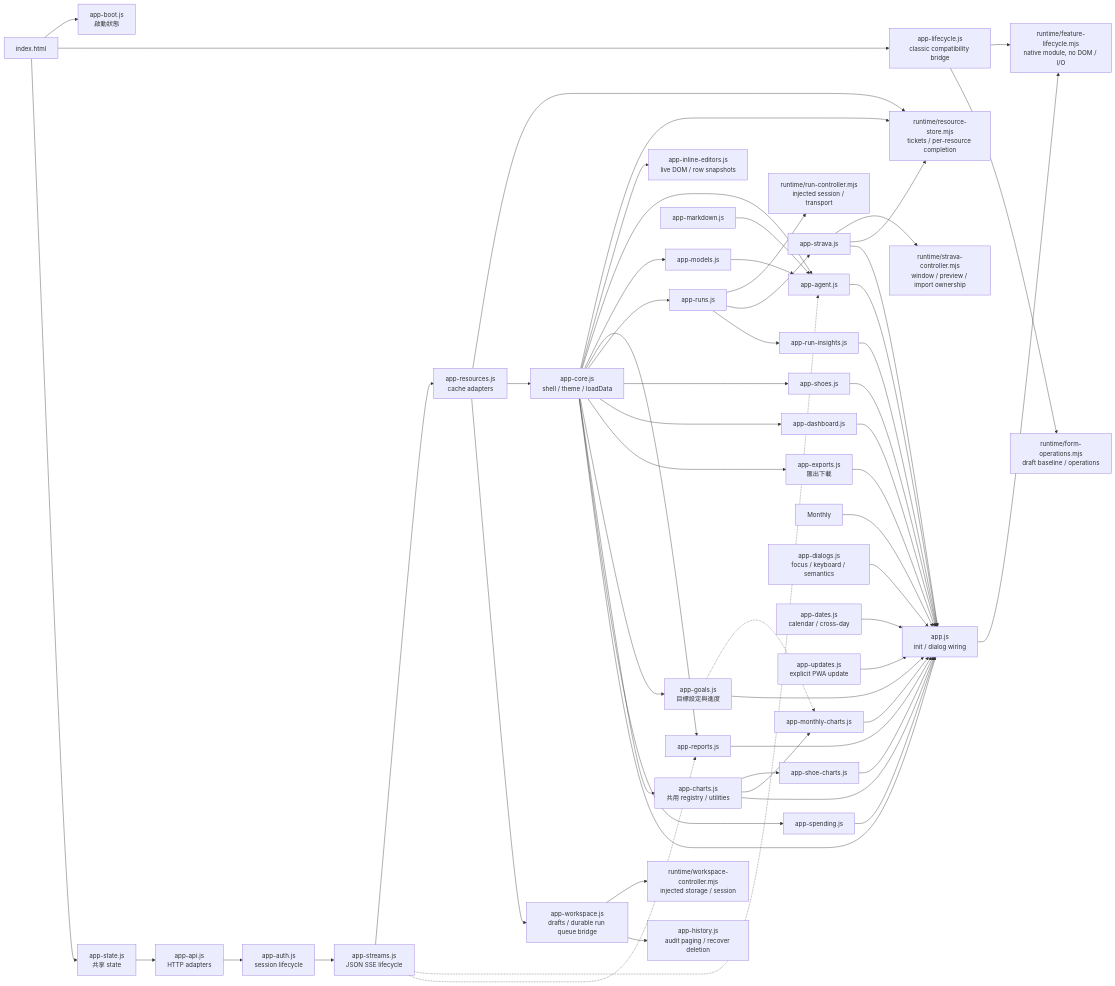
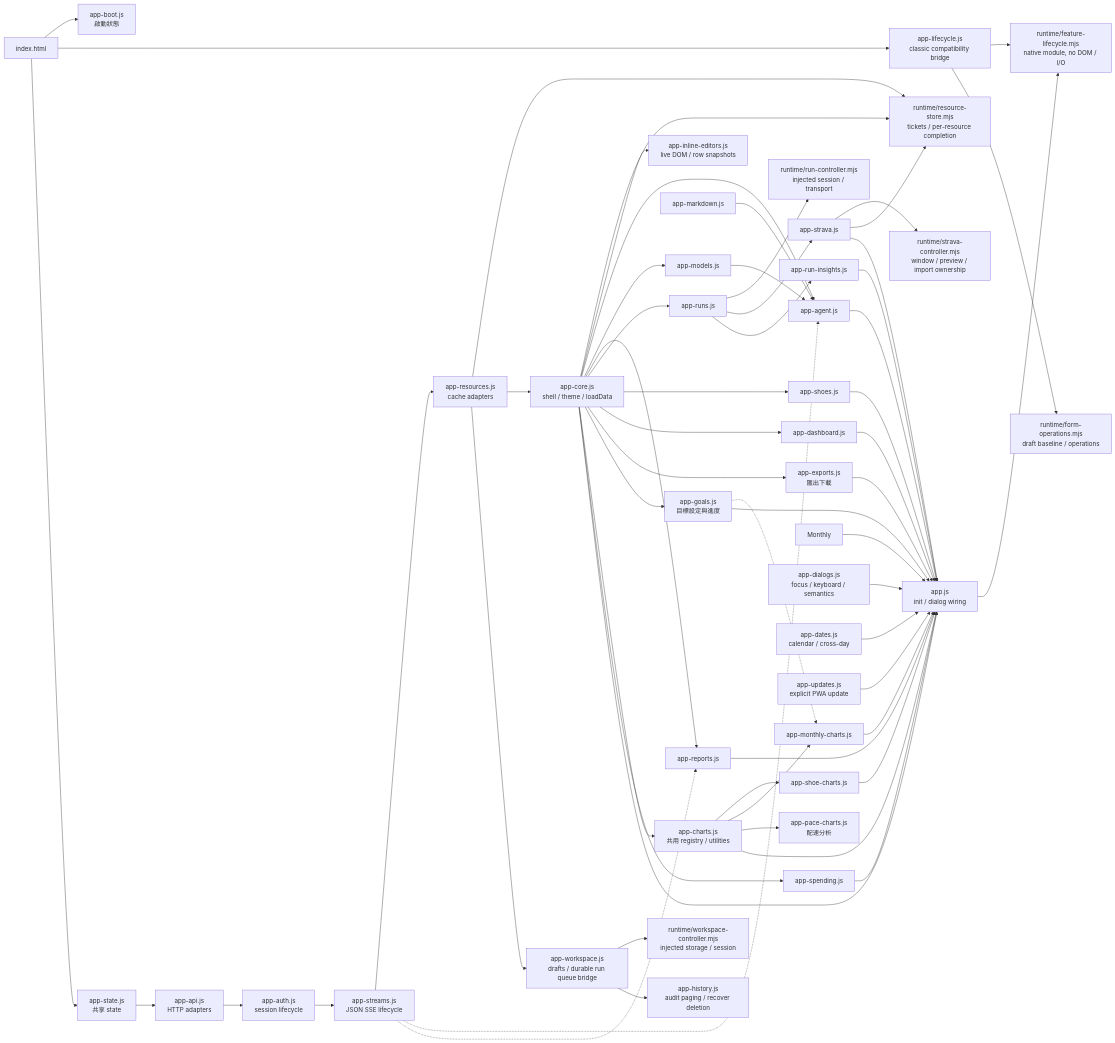
Before and after one commit to Teng91/running-shoes: the sixth of 15 diagrams in docs/architecture.md, drawn with Mermaid. The commit also changed other lines of this file and 25 other files, not shown here.

First line of the commit message:
feat: pace analytics charts (SPEC-064, v4.17.0)

````diff
--- a/docs/architecture.md
+++ b/docs/architecture.md
@@ -200,59 +200,60 @@
 ```mermaid
 flowchart LR
     HTML[index.html] --> Boot[app-boot.js<br/>啟動狀態]
     HTML --> Lifecycle[app-lifecycle.js<br/>classic compatibility bridge]
     Bootstrap --> Native[runtime/feature-lifecycle.mjs<br/>native module, no DOM / I/O]
     Lifecycle --> Native
     HTML --> State[app-state.js<br/>共享 state]
     State --> API[app-api.js<br/>HTTP adapters]
     API --> AuthUI[app-auth.js<br/>session lifecycle]
     AuthUI --> Streams[app-streams.js<br/>JSON SSE lifecycle]
     Streams --> Resources[app-resources.js<br/>cache adapters]
     Resources --> Store[runtime/resource-store.mjs<br/>tickets / per-resource completion]
     Resources --> Core[app-core.js<br/>shell / theme / loadData]
     Resources --> Workspace[app-workspace.js<br/>drafts / durable run queue bridge]
     Workspace --> WorkspaceNative[runtime/workspace-controller.mjs<br/>injected storage / session]
     Workspace --> History[app-history.js<br/>audit paging / recover deletion]
     Core --> Store
     Core --> Inline[app-inline-editors.js<br/>live DOM / row snapshots]
     Lifecycle --> Forms[runtime/form-operations.mjs<br/>draft baseline / operations]
     Streams -.-> AgentUI
     Streams -.-> ReportsUI
     Core --> AgentUI[app-agent.js]
     Core --> ModelsUI[app-models.js]
     ModelsUI --> AgentUI
     MarkdownUI[app-markdown.js] --> AgentUI
     Core --> ReportsUI[app-reports.js]
     Core --> RunCRUD[app-runs.js]
     RunCRUD --> RunNative[runtime/run-controller.mjs<br/>injected session / transport]
     RunCRUD --> StravaUI[app-strava.js]
     StravaUI --> StravaNative[runtime/strava-controller.mjs<br/>window / preview / import ownership]
     StravaUI --> Store
     RunCRUD --> RunInsights[app-run-insights.js]
     Core --> ShoesUI[app-shoes.js]
     Core --> Dashboard[app-dashboard.js]
     Core --> ExportsUI[app-exports.js<br/>匯出下載]
     Core --> GoalsUI[app-goals.js<br/>目標設定與進度]
     Core --> Charts[app-charts.js<br/>共用 registry / utilities]
     Charts --> ShoeCharts[app-shoe-charts.js]
     Charts --> MileageCharts[app-monthly-charts.js]
+    Charts --> PaceCharts[app-pace-charts.js<br/>配速分析]
     GoalsUI -.-> MileageCharts
     Core --> Spending[app-spending.js]
     Core --> Bootstrap[app.js<br/>init / dialog wiring]
     AgentUI --> Bootstrap
     ReportsUI --> Bootstrap
     StravaUI --> Bootstrap
     RunInsights --> Bootstrap
     ShoesUI --> Bootstrap
     Dashboard --> Bootstrap
     Monthly --> Bootstrap
     ExportsUI --> Bootstrap
     GoalsUI --> Bootstrap
     Charts --> Bootstrap
     ShoeCharts --> Bootstrap
     MileageCharts --> Bootstrap
     Spending --> Bootstrap
     Dialogs[app-dialogs.js<br/>focus / keyboard / semantics] --> Bootstrap
     Dates[app-dates.js<br/>calendar / cross-day] --> Bootstrap
     Updates[app-updates.js<br/>explicit PWA update] --> Bootstrap
 ```
````
